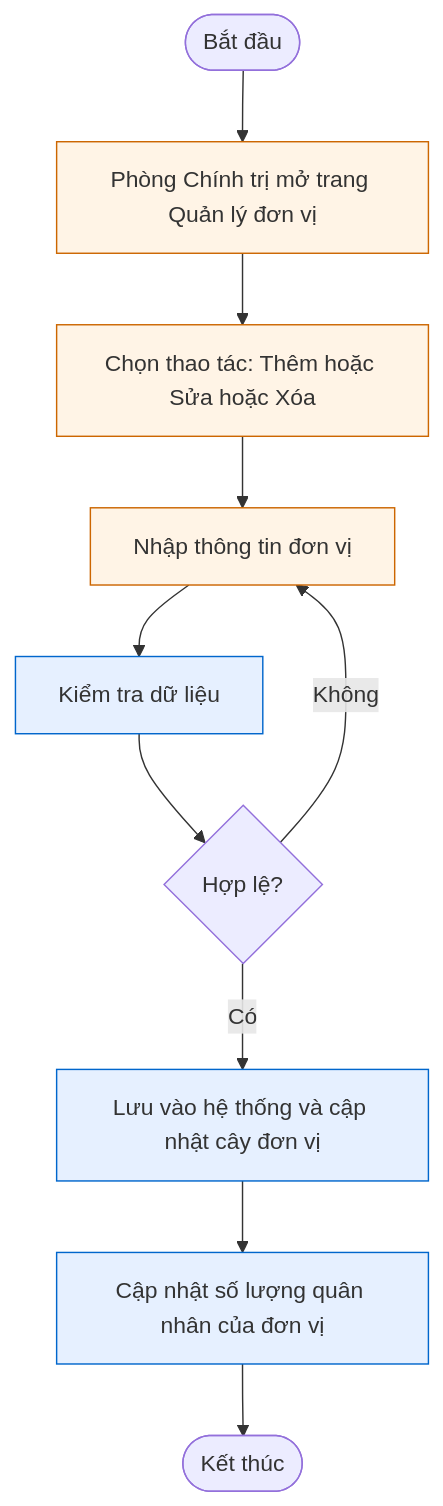
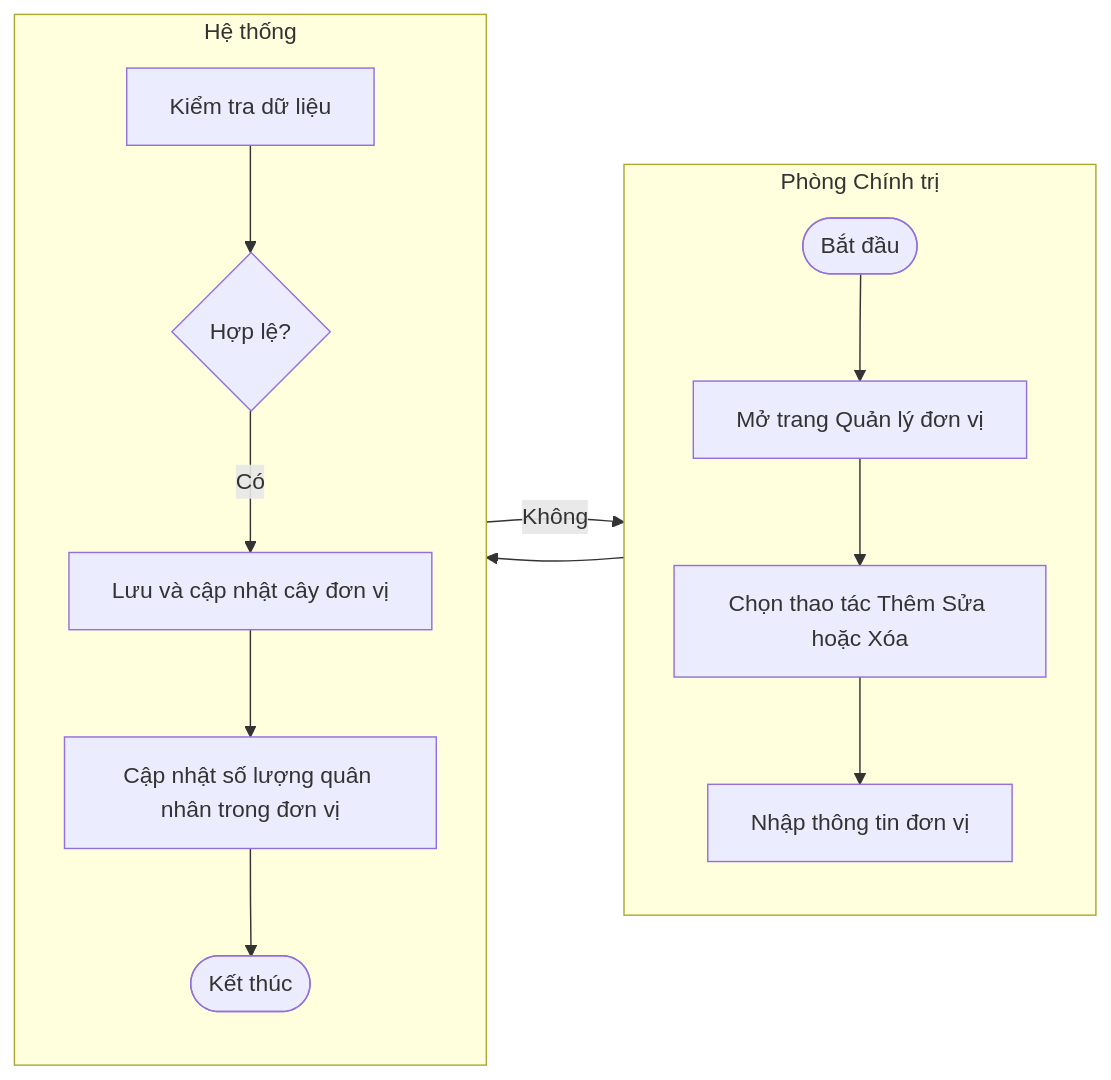
Before and after one commit to tranducbk/DATN_PM_QLKT: the sixth of 8 diagrams in docs/diagrams/02-activity.md, drawn with Mermaid. The commit also changed other lines of this file and 29 other files, not shown here.

First line of the commit message:
Update CLAUDE.md with additional validation rules and introduce new database schema

````diff
--- a/docs/diagrams/02-activity.md
+++ b/docs/diagrams/02-activity.md
@@ -190,21 +168,22 @@
 ```mermaid
-flowchart TD
-    Start([Bắt đầu])
-    A1[Phòng Chính trị mở trang Quản lý đơn vị]
-    A2[Chọn thao tác: Thêm hoặc Sửa hoặc Xóa]
-    A3[Nhập thông tin đơn vị]
-    S1[Kiểm tra dữ liệu]
-    D1{Hợp lệ?}
-    S2[Lưu vào hệ thống và cập nhật cây đơn vị]
-    S3[Cập nhật số lượng quân nhân của đơn vị]
-    End([Kết thúc])
+flowchart LR
+    subgraph PCT["Phòng Chính trị"]
+        direction TB
+        Start([Bắt đầu])
+        A1[Mở trang Quản lý đơn vị]
+        A2[Chọn thao tác Thêm Sửa hoặc Xóa]
+        A3[Nhập thông tin đơn vị]
+    end
+    subgraph HeTHong["Hệ thống"]
+        direction TB
+        S1[Kiểm tra dữ liệu]
+        D1{Hợp lệ?}
+        S2[Lưu và cập nhật cây đơn vị]
+        S3[Cập nhật số lượng quân nhân trong đơn vị]
+        End([Kết thúc])
+    end
 
     Start --> A1 --> A2 --> A3 --> S1 --> D1
     D1 -- Không --> A3
     D1 -- Có --> S2 --> S3 --> End
-
-    classDef actor fill:#fff4e6,stroke:#cc6600
-    classDef system fill:#e6f0ff,stroke:#0066cc
-    class A1,A2,A3 actor
-    class S1,S2,S3 system
 ```
````
